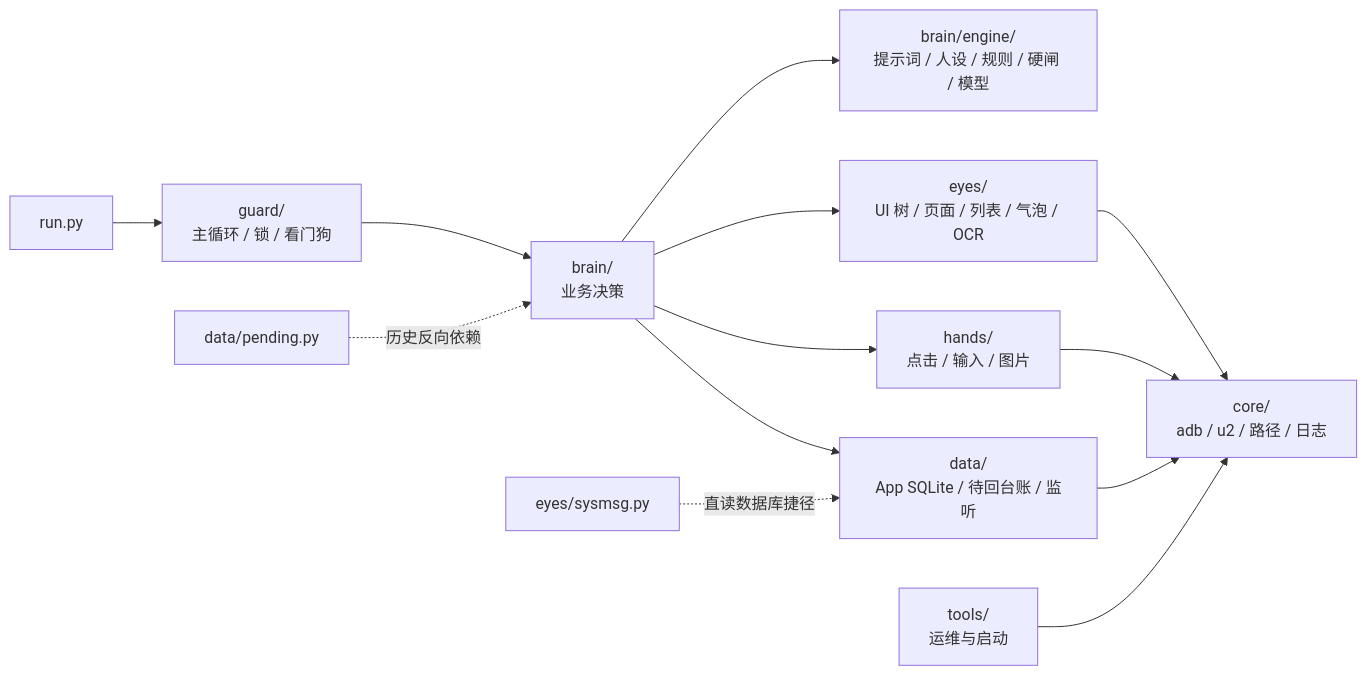
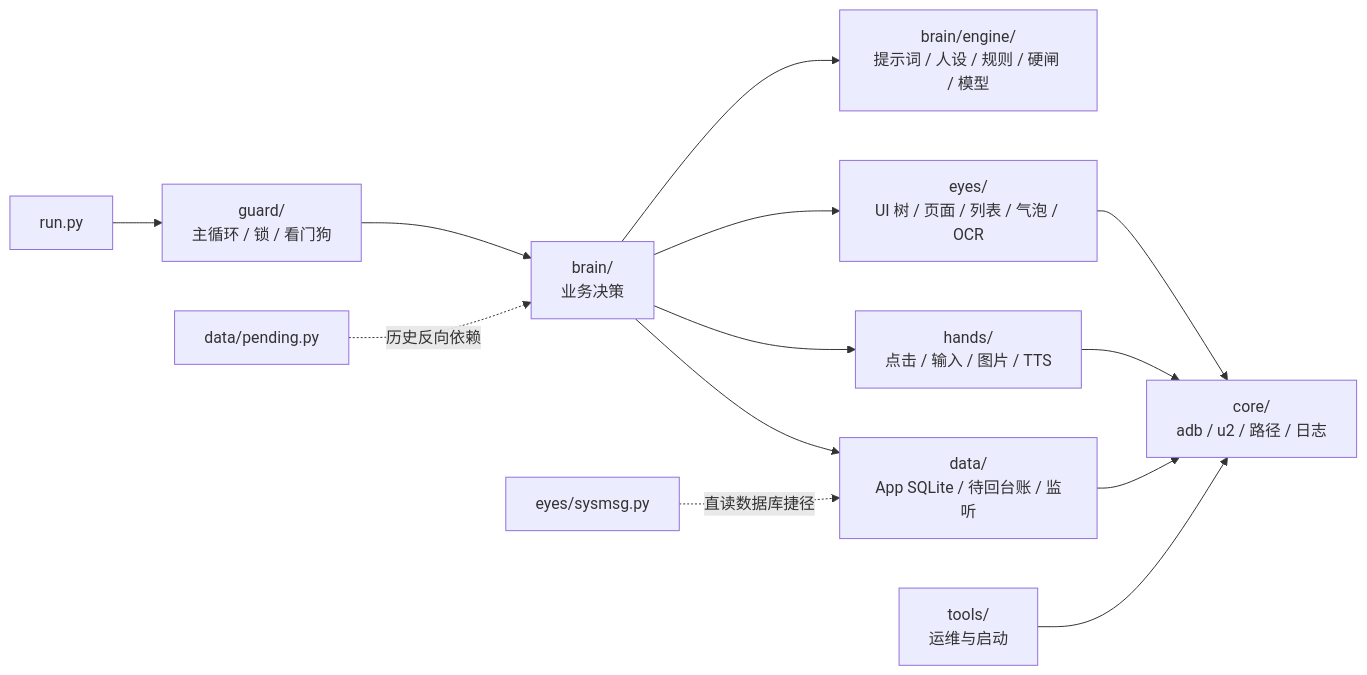
One commit to huazai520why-sketch/soul-autochat changed the second of 2 diagrams in docs/PROJECT_MAP.md. Above: the diagram before and after it, drawn with Mermaid. The commit also changed other lines of this file and 8 other files, not shown here.

````diff
--- a/docs/PROJECT_MAP.md
+++ b/docs/PROJECT_MAP.md
@@ -39,16 +39,16 @@
 ```mermaid
 flowchart LR
     Entry["run.py"] --> Guard["guard/\n主循环 / 锁 / 看门狗"]
     Guard --> Brain["brain/\n业务决策"]
     Brain --> Engine["brain/engine/\n提示词 / 人设 / 规则 / 硬闸 / 模型"]
     Brain --> Eyes["eyes/\nUI 树 / 页面 / 列表 / 气泡 / OCR"]
-    Brain --> Hands["hands/\n点击 / 输入 / 图片"]
+    Brain --> Hands["hands/\n点击 / 输入 / 图片 / TTS"]
     Brain --> Data["data/\nApp SQLite / 待回台账 / 监听"]
     Eyes --> Core["core/\nadb / u2 / 路径 / 日志"]
     Hands --> Core
     Data --> Core
     Tools["tools/\n运维与启动"] --> Core
 
     Pending["data/pending.py"] -. 历史反向依赖 .-> Brain
     SysMsg["eyes/sysmsg.py"] -. 直读数据库捷径 .-> Data
 ```
````
